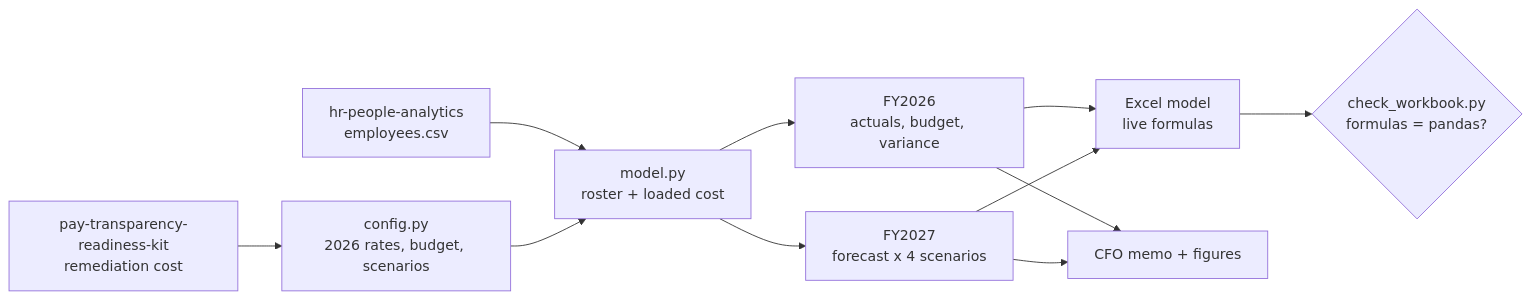
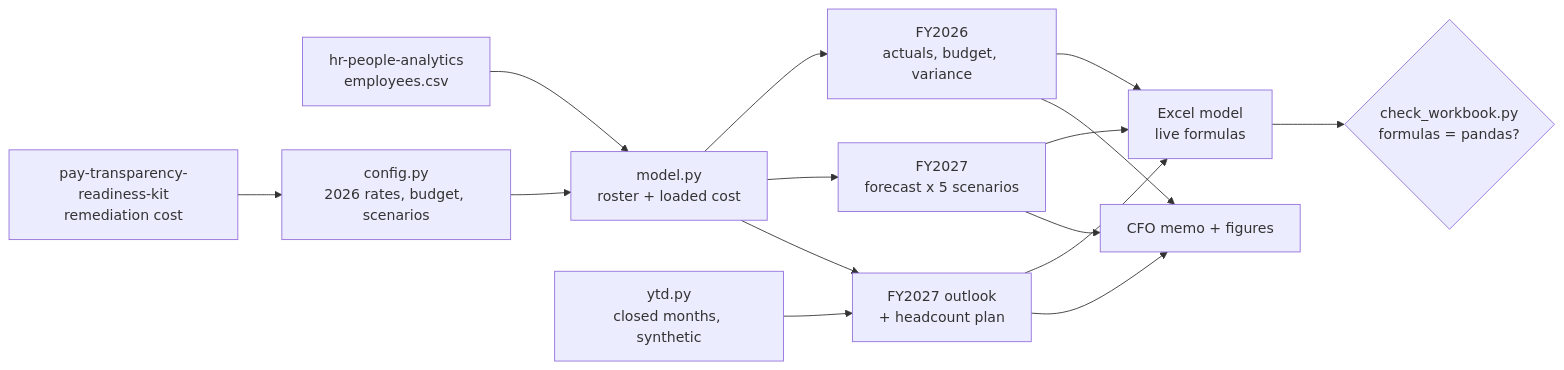
One commit to D0M3N1C0X/workforce-cost-model changed the diagram in README.md. Above: the diagram before and after it, drawn with Mermaid. The commit also changed other lines of this file and 23 other files, not shown here.

First line of the commit message:
Add renewal and zloty levers, the 4+8 outlook and a headcount plan

````diff
--- a/README.md
+++ b/README.md
@@ -92,11 +102,13 @@
 ```mermaid
 flowchart LR
     A[hr-people-analytics<br/>employees.csv] --> R[model.py<br/>roster + loaded cost]
     S[config.py<br/>2026 rates, budget, scenarios] --> R
     K[pay-transparency-readiness-kit<br/>remediation cost] --> S
     R --> V[FY2026<br/>actuals, budget, variance]
-    R --> F[FY2027<br/>forecast x 4 scenarios]
-    V & F --> X[Excel model<br/>live formulas]
-    V & F --> M[CFO memo + figures]
+    R --> F[FY2027<br/>forecast x 5 scenarios]
+    Y[ytd.py<br/>closed months, synthetic] --> O[FY2027 outlook<br/>+ headcount plan]
+    R --> O
+    V & F & O --> X[Excel model<br/>live formulas]
+    V & F & O --> M[CFO memo + figures]
     X --> C{check_workbook.py<br/>formulas = pandas?}
 ```
````
